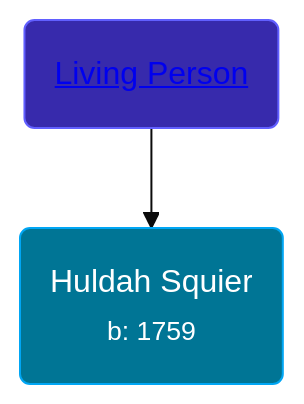
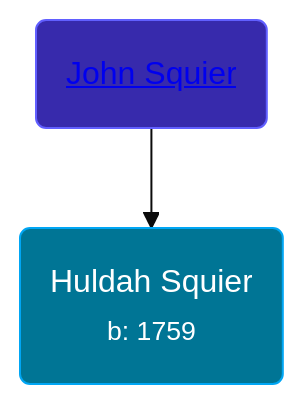
One commit to wpmgotkh/wpmgotkh.github.io changed the diagram in pages/people/4/40449307.md. Above: the diagram before and after it, drawn with Mermaid (base theme). The commit also changed other lines of this file and 586 other files, not shown here.

Commit message:
feat: better shouldConsiderPersonLiving algo

````diff
--- a/pages/people/4/40449307.md
+++ b/pages/people/4/40449307.md
@@ -11,8 +11,8 @@
 ```mermaid
 graph
 classDef grands fill:#193cb8,stroke:#2b7fff,stroke-width:1px,color:#fff;
 classDef parents fill:#372aac,stroke:#615fff,stroke-width:1px,color:#fff;
 classDef primary fill:#007595,stroke:#00a6f4,stroke-width:1px,color:#fff;
 40449307(Huldah Squier<br /><small>b: 1759</small>):::primary
-35783343(<a class="text-white" href="/people/3/35783343">Living Person</a>):::parents-->40449307
+35783343(<a class="text-white" href="/people/3/35783343">John Squier</a>):::parents-->40449307
 ```
````
